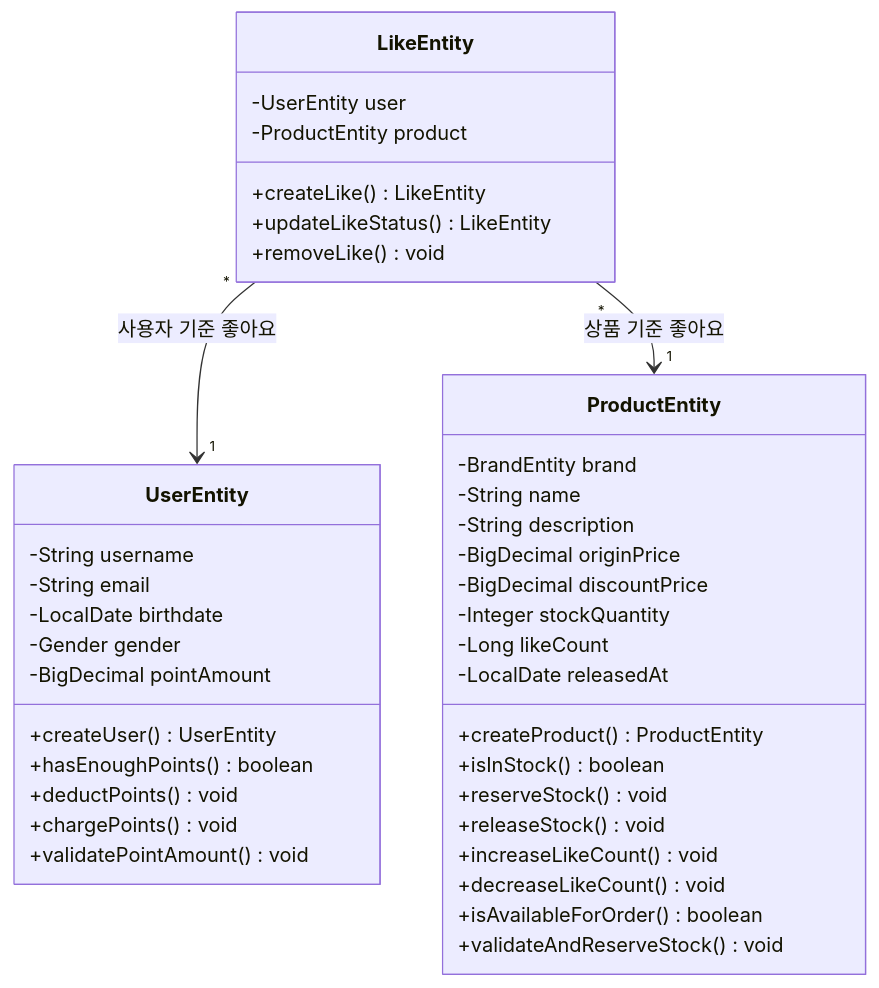
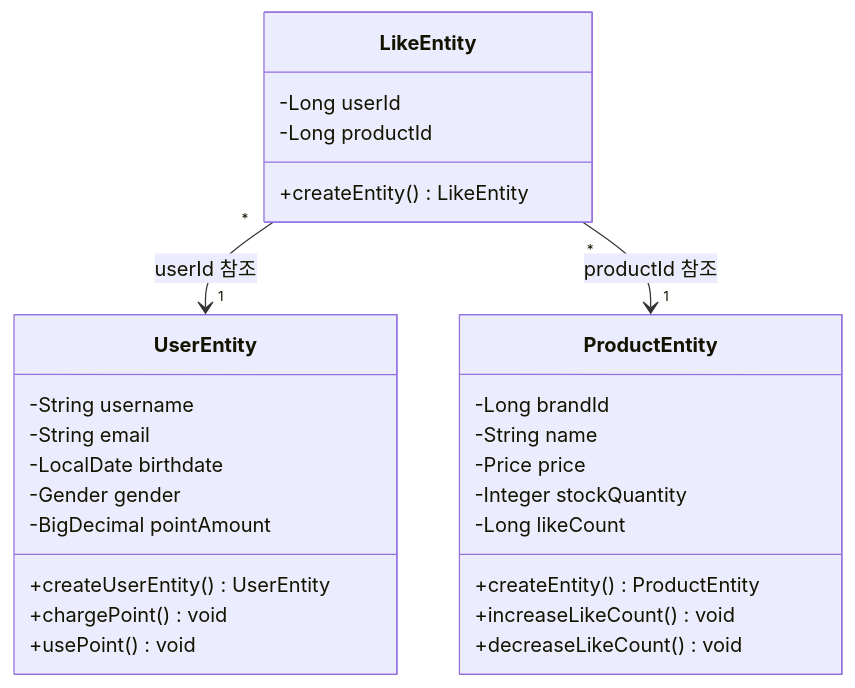
The fourth of 5 diagrams in docs/week2/03-class-diagram.md (hyujikoh/loopers-spring-java-template), drawn with Mermaid before and after one commit. The commit also changed other lines of this file and 2 other files, not shown here.

````diff
--- a/docs/week2/03-class-diagram.md
+++ b/docs/week2/03-class-diagram.md
@@ -205,45 +214,33 @@
 ```mermaid
 classDiagram
     class LikeEntity {
-        -UserEntity user
-        -ProductEntity product
-        +createLike() LikeEntity
-        +updateLikeStatus() LikeEntity
-        +removeLike() void
+        -Long userId
+        -Long productId
+        +createEntity() LikeEntity
     }
 
     class UserEntity {
         -String username
         -String email
         -LocalDate birthdate
         -Gender gender
         -BigDecimal pointAmount
-        +createUser() UserEntity
-        +hasEnoughPoints() boolean
-        +deductPoints() void
-        +chargePoints() void
-        +validatePointAmount() void
+        +createUserEntity() UserEntity
+        +chargePoint() void
+        +usePoint() void
     }
 
     class ProductEntity {
-        -BrandEntity brand
+        -Long brandId
         -String name
-        -String description
-        -BigDecimal originPrice
-        -BigDecimal discountPrice
+        -Price price
         -Integer stockQuantity
         -Long likeCount
-        -LocalDate releasedAt
-        +createProduct() ProductEntity
-        +isInStock() boolean
-        +reserveStock() void
-        +releaseStock() void
+        +createEntity() ProductEntity
         +increaseLikeCount() void
         +decreaseLikeCount() void
-        +isAvailableForOrder() boolean
-        +validateAndReserveStock() void
     }
 
-    LikeEntity "*" --> "1" UserEntity : 사용자 기준 좋아요
-    LikeEntity "*" --> "1" ProductEntity : 상품 기준 좋아요
+    LikeEntity "*" --> "1" UserEntity : userId 참조
+    LikeEntity "*" --> "1" ProductEntity : productId 참조
 ```
````
